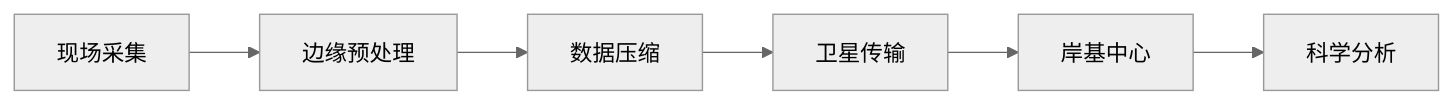
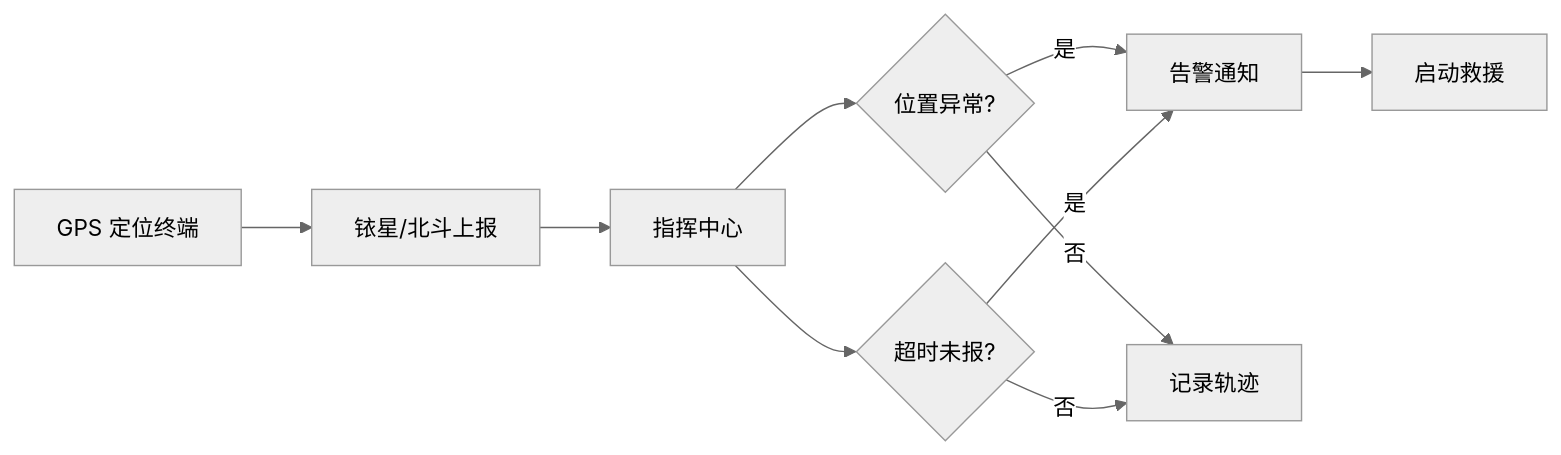
Before and after one commit to kudig-io/kudig-database: the third of 3 diagrams in topic-application-architecture/79-polar-research.md, drawn with Mermaid (neutral theme). The commit also changed other lines of this file and 8633 other files, not shown here.

````diff
--- a/topic-application-architecture/79-polar-research.md
+++ b/topic-application-architecture/79-polar-research.md
@@ -136,8 +199,12 @@
 ```mermaid
 flowchart LR
-    A[现场采集] --> B[边缘预处理]
-    B --> C[数据压缩]
-    C --> D[卫星传输]
-    D --> E[岸基中心]
-    E --> F[科学分析]
+    A[GPS 定位终端] --> B[铱星/北斗上报]
+    B --> C[指挥中心]
+    C --> D{位置异常?}
+    D -->|是| E[告警通知]
+    E --> F[启动救援]
+    D -->|否| G[记录轨迹]
+    C --> H{超时未报?}
+    H -->|是| E
+    H -->|否| G
 ```
````
